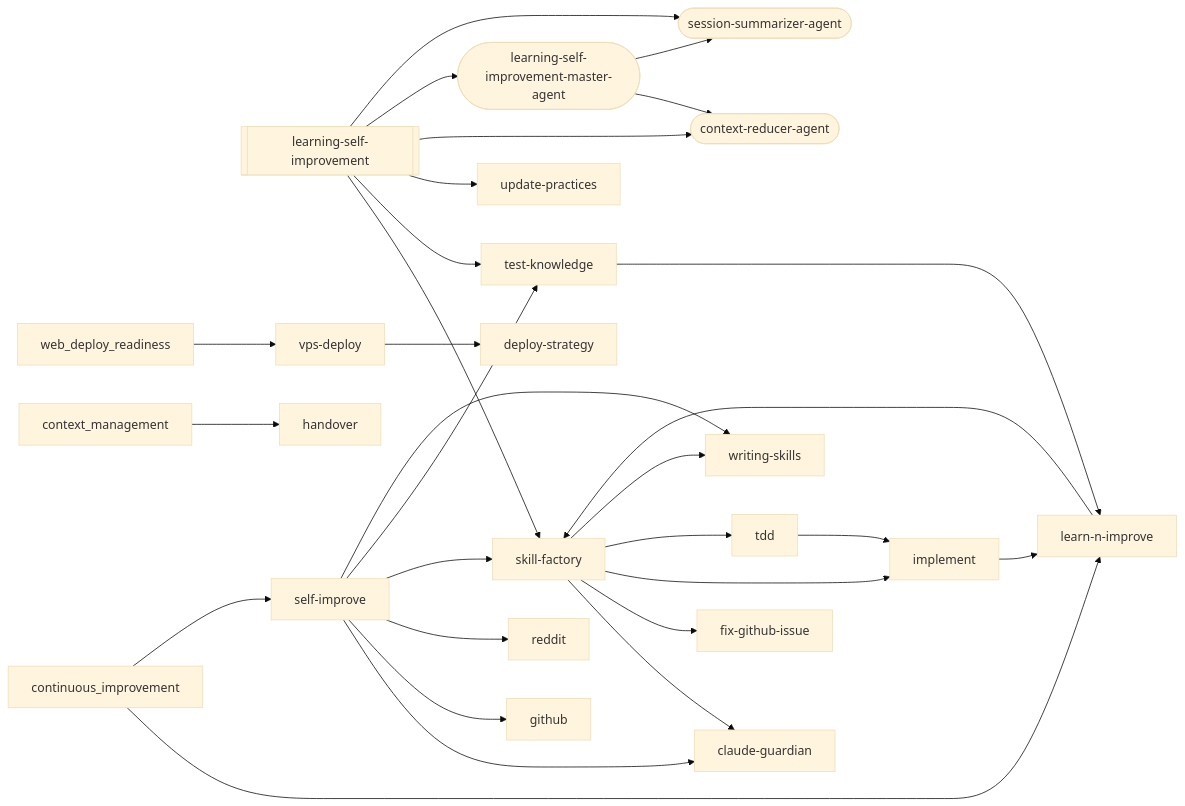
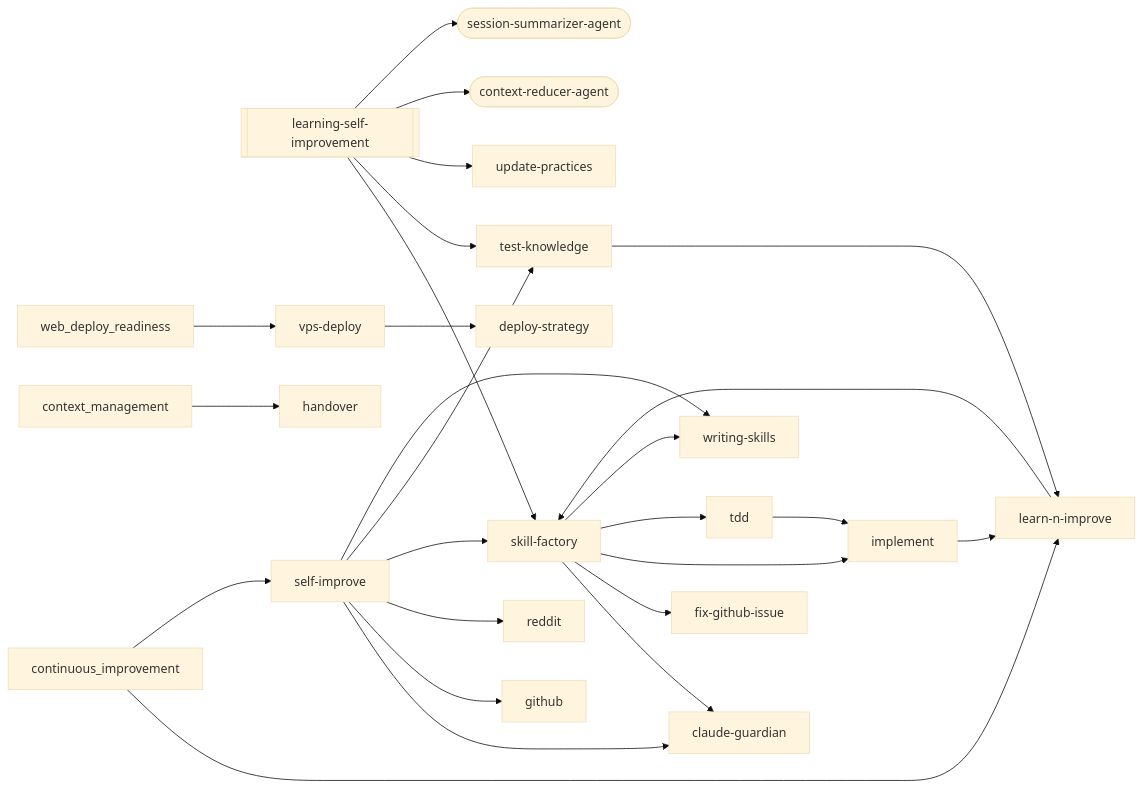
One commit to abhayla/claude-best-practices changed the third of 22 diagrams in docs/workflows/learning-self-improvement.md. Above: the diagram before and after it, drawn with Mermaid (base theme). The commit also changed other lines of this file and 29 other files, not shown here.

````diff
--- a/docs/workflows/learning-self-improvement.md
+++ b/docs/workflows/learning-self-improvement.md
@@ -414,50 +408,46 @@
 ```mermaid
 graph LR
     learning_self_improvement[["learning-self-improvement"]]
     claude_guardian["claude-guardian"]
     context_reducer_agent(["context-reducer-agent"])
     deploy_strategy["deploy-strategy"]
     fix_github_issue["fix-github-issue"]
     github["github"]
     handover["handover"]
     implement["implement"]
     learn_n_improve["learn-n-improve"]
-    learning_self_improvement_master_agent(["learning-self-improvement-master-agent"])
     reddit["reddit"]
     self_improve["self-improve"]
     session_summarizer_agent(["session-summarizer-agent"])
     skill_factory["skill-factory"]
     tdd["tdd"]
     test_knowledge["test-knowledge"]
     update_practices["update-practices"]
     vps_deploy["vps-deploy"]
     writing_skills["writing-skills"]
     implement --> learn_n_improve
     learn_n_improve --> skill_factory
     learning_self_improvement --> skill_factory
     learning_self_improvement --> test_knowledge
     learning_self_improvement --> update_practices
     learning_self_improvement --> context_reducer_agent
-    learning_self_improvement --> learning_self_improvement_master_agent
     learning_self_improvement --> session_summarizer_agent
     skill_factory --> claude_guardian
     skill_factory --> fix_github_issue
     skill_factory --> implement
     skill_factory --> tdd
     skill_factory --> writing_skills
     tdd --> implement
     test_knowledge --> learn_n_improve
     vps_deploy --> deploy_strategy
     self_improve --> claude_guardian
     self_improve --> github
     self_improve --> reddit
     self_improve --> skill_factory
     self_improve --> test_knowledge
     self_improve --> writing_skills
-    learning_self_improvement_master_agent --> context_reducer_agent
-    learning_self_improvement_master_agent --> session_summarizer_agent
     context_management --> handover
     continuous_improvement --> learn_n_improve
     continuous_improvement --> self_improve
     web_deploy_readiness --> vps_deploy
 ```
````
